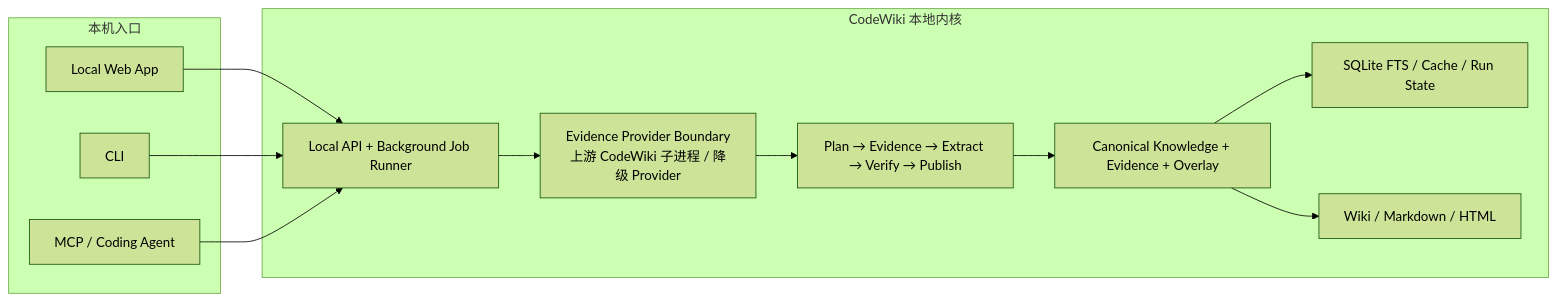
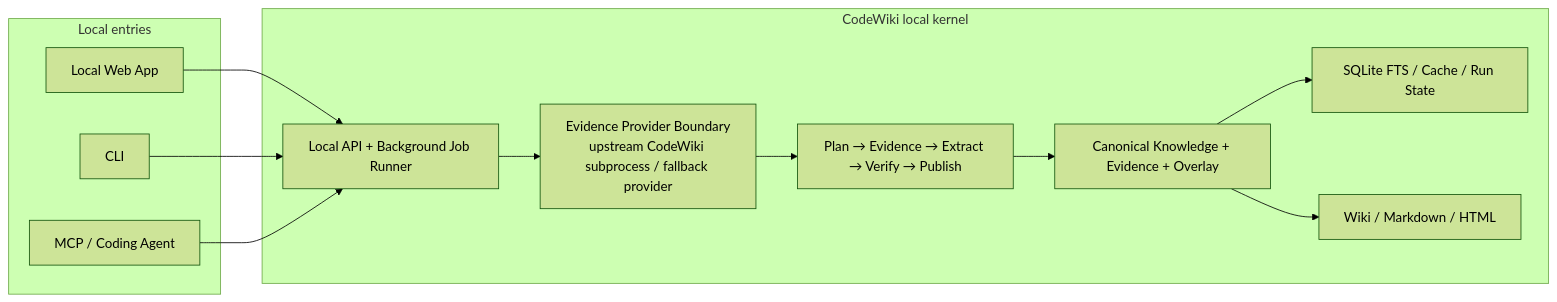
One commit to davyzhong/CodeWiki changed the second of 4 diagrams in README.md. Above: the diagram before and after it, drawn with Mermaid (forest theme). The commit also changed other lines of this file and 1 other file, not shown here.

````diff
--- a/README.md
+++ b/README.md
@@ -54,24 +88,24 @@
 ```mermaid
 flowchart LR
-    subgraph ENTRY["本机入口"]
+    subgraph ENTRY["Local entries"]
         WEB["Local Web App"]
         CLI["CLI"]
         MCP["MCP / Coding Agent"]
     end
 
-    subgraph CORE["CodeWiki 本地内核"]
+    subgraph CORE["CodeWiki local kernel"]
         API["Local API + Background Job Runner"]
-        PROVIDER["Evidence Provider Boundary<br/>上游 CodeWiki 子进程 / 降级 Provider"]
+        PROVIDER["Evidence Provider Boundary<br/>upstream CodeWiki subprocess / fallback provider"]
         PIPELINE["Plan → Evidence → Extract → Verify → Publish"]
         TRUTH["Canonical Knowledge + Evidence + Overlay"]
         INDEX["SQLite FTS / Cache / Run State"]
         EXPORT["Wiki / Markdown / HTML"]
     end
 
     WEB --> API
     CLI --> API
     MCP --> API
     API --> PROVIDER --> PIPELINE --> TRUTH
     TRUTH --> INDEX
     TRUTH --> EXPORT
 ```
````
